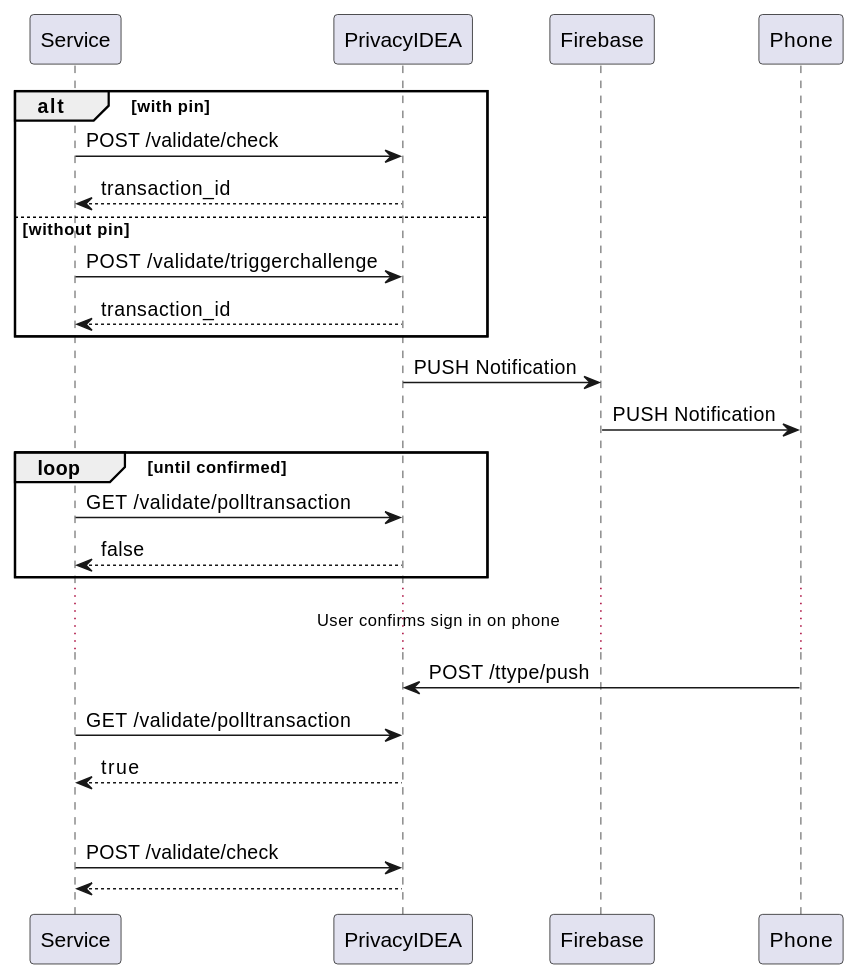
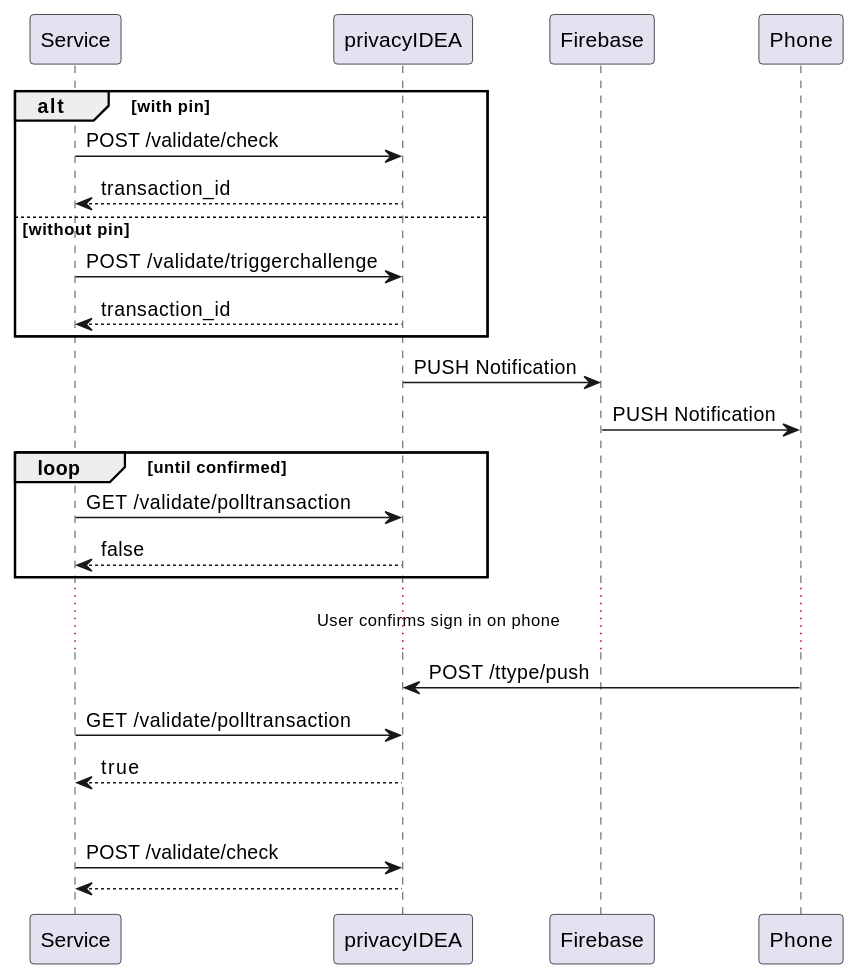
One commit to maxbeth/privacyidea changed the third of 3 diagrams in doc/configuration/authentication_modes.rst. Above: the diagram before and after it, drawn with PlantUML. The commit also changed other lines of this file, not shown here.

Commit message:
Add a short note what the service is.
convert privacyIDEA to a lower case p.

```diff
--- a/doc/configuration/authentication_modes.rst
+++ b/doc/configuration/authentication_modes.rst
@@ -126,36 +128,36 @@
 .. uml::
   :width: 500
 
   alt with pin
 
-    Service -> PrivacyIDEA: POST /validate/check
-    Service <-- PrivacyIDEA: transaction_id
+    Service -> privacyIDEA: POST /validate/check
+    Service <-- privacyIDEA: transaction_id
 
   else without pin
 
-    Service -> PrivacyIDEA: POST /validate/triggerchallenge
-    Service <-- PrivacyIDEA: transaction_id
+    Service -> privacyIDEA: POST /validate/triggerchallenge
+    Service <-- privacyIDEA: transaction_id
 
   end
 
-  PrivacyIDEA -> Firebase: PUSH Notification
+  privacyIDEA -> Firebase: PUSH Notification
   Firebase -> Phone: PUSH Notification
 
   loop until confirmed
 
-    Service -> PrivacyIDEA: GET /validate/polltransaction
-    Service <-- PrivacyIDEA: false
+    Service -> privacyIDEA: GET /validate/polltransaction
+    Service <-- privacyIDEA: false
 
   end
 
   ...User confirms sign in on phone...
 
-  Phone -> PrivacyIDEA: POST /ttype/push
+  Phone -> privacyIDEA: POST /ttype/push
 
-  Service -> PrivacyIDEA: GET /validate/polltransaction
-  Service <-- PrivacyIDEA: true
+  Service -> privacyIDEA: GET /validate/polltransaction
+  Service <-- privacyIDEA: true
 
   |||
 
-  Service -> PrivacyIDEA: POST /validate/check
-  Service <-- PrivacyIDEA
+  Service -> privacyIDEA: POST /validate/check
+  Service <-- privacyIDEA
```
